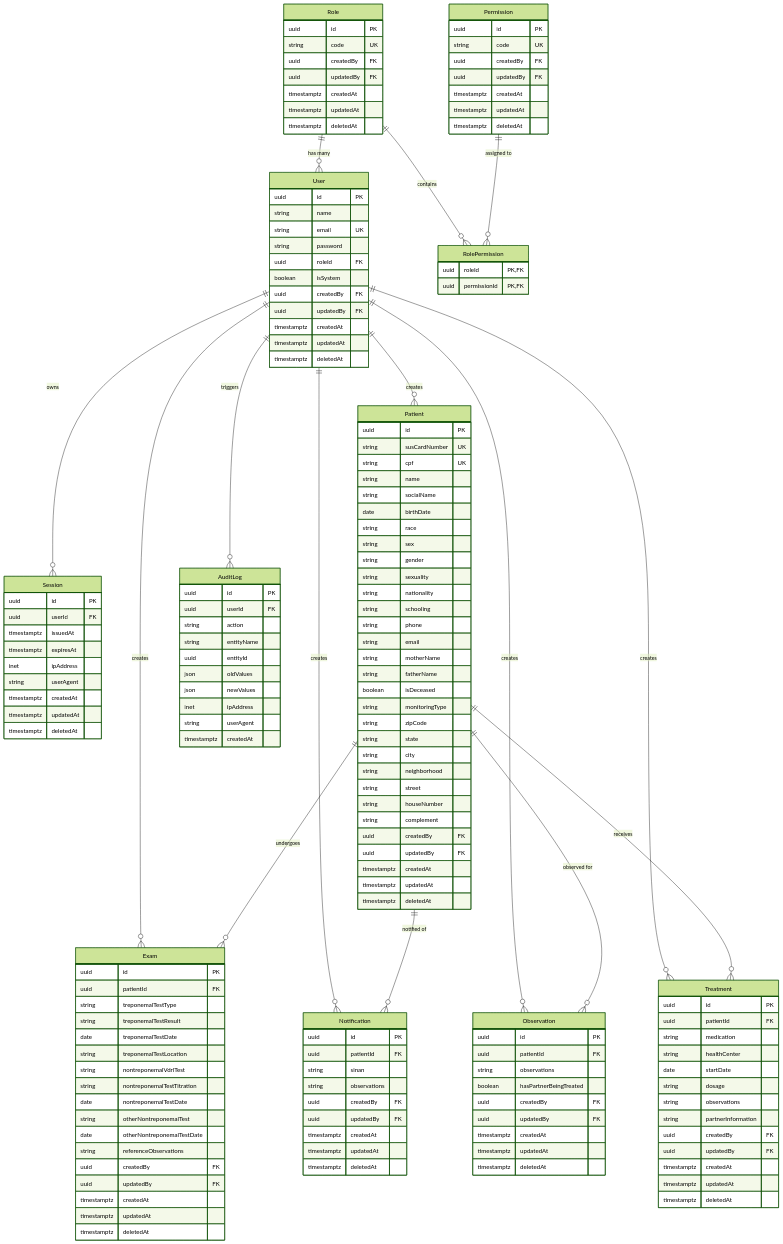
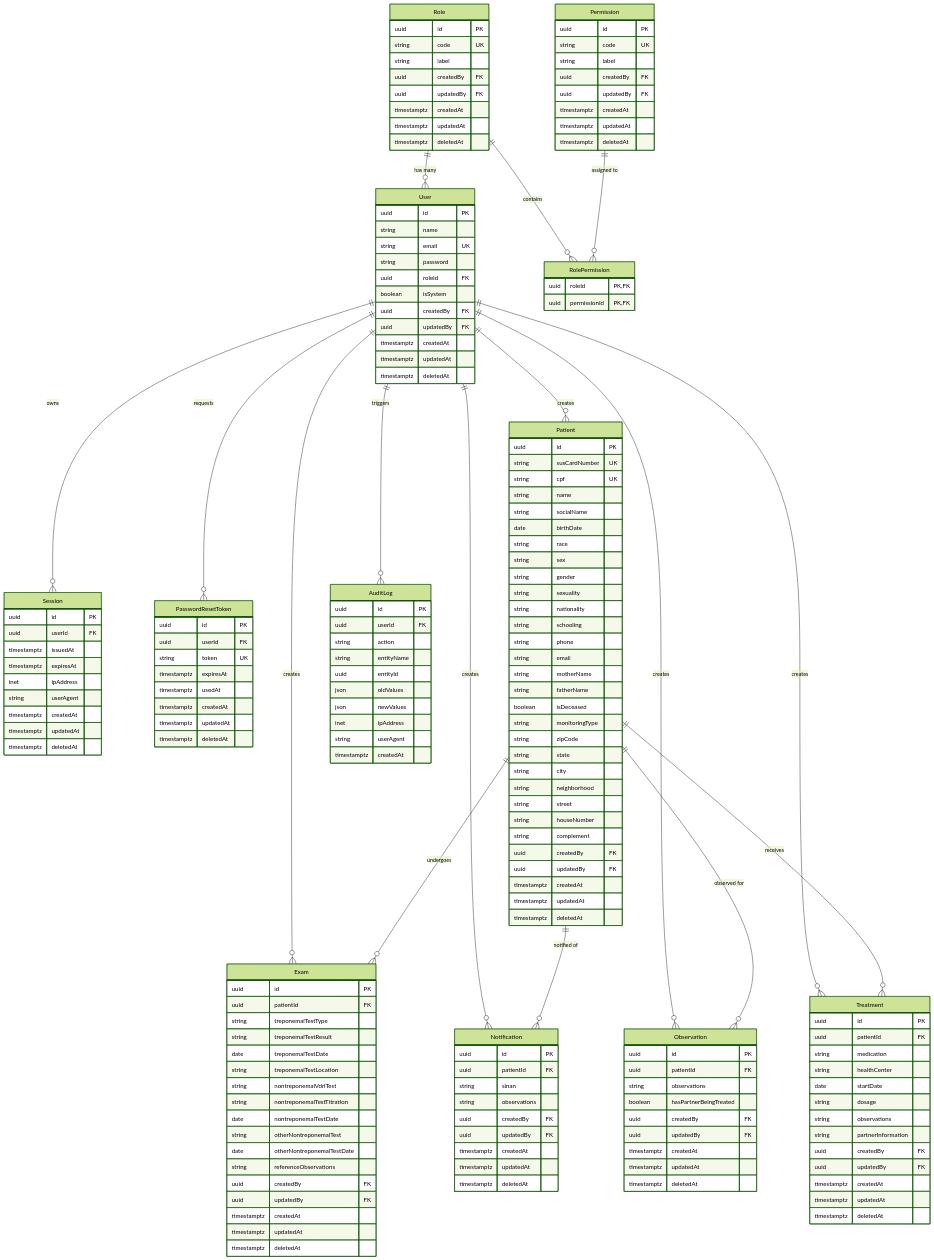
Before and after one commit to thiagocrux/simcasi-fullstack: the diagram in README.md, drawn with Mermaid (forest theme). The commit also changed other lines of this file and 1 other file, not shown here.

First line of the commit message:
feat(docs): update messaging setup and ERD for password reset

```diff
--- a/README.md
+++ b/README.md
@@ -468,6 +490,7 @@
     Role ||--o{ RolePermission : "contains"
     Permission ||--o{ RolePermission : "assigned to"
     User ||--o{ Session : "owns"
+    User ||--o{ PasswordResetToken : "requests"
     User ||--o{ Patient : "creates"
     User ||--o{ Exam : "creates"
     User ||--o{ Notification : "creates"
@@ -482,6 +505,7 @@
     Role {
         uuid id PK
         string code UK
+        string label
         uuid createdBy FK
         uuid updatedBy FK
         timestamptz createdAt
@@ -492,6 +516,7 @@
     Permission {
         uuid id PK
         string code UK
+        string label
         uuid createdBy FK
         uuid updatedBy FK
         timestamptz createdAt
@@ -623,6 +648,17 @@
         timestamptz deletedAt
     }
 
+    PasswordResetToken {
+        uuid id PK
+        uuid userId FK
+        string token UK
+        timestamptz expiresAt
+        timestamptz usedAt
+        timestamptz createdAt
+        timestamptz updatedAt
+        timestamptz deletedAt
+    }
+
     AuditLog {
         uuid id PK
         uuid userId FK
```
